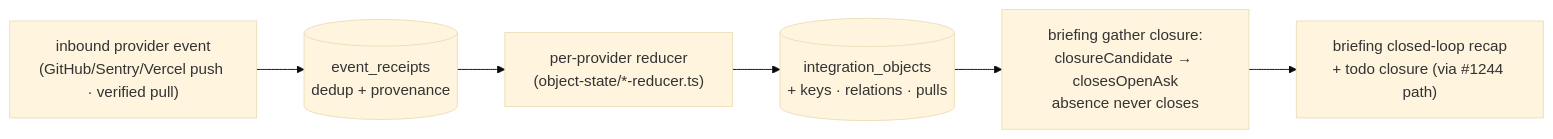
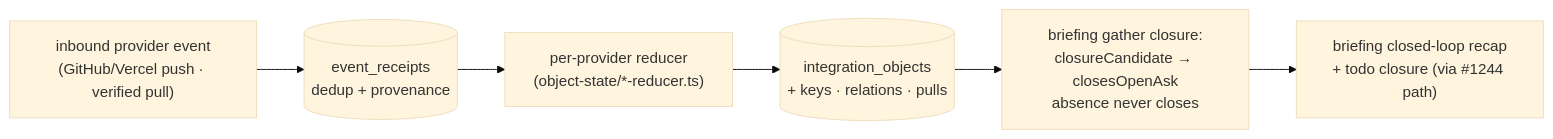
The sixth of 6 diagrams in docs/reference/implementation-map.md (99Yash/alfred), drawn with Mermaid (base theme) before and after one commit. The commit also changed other lines of this file and 70 other files, not shown here.

````diff
--- a/docs/reference/implementation-map.md
+++ b/docs/reference/implementation-map.md
@@ -286,8 +286,8 @@
 ```mermaid
 flowchart LR
-  EV["inbound provider event<br/>(GitHub/Sentry/Vercel push · verified pull)"] --> RC[("event_receipts<br/>dedup + provenance")]
+  EV["inbound provider event<br/>(GitHub/Vercel push · verified pull)"] --> RC[("event_receipts<br/>dedup + provenance")]
   RC --> RED["per-provider reducer<br/>(object-state/*-reducer.ts)"]
   RED --> OBJ[("integration_objects<br/>+ keys · relations · pulls")]
   OBJ --> CL["briefing gather closure:<br/>closureCandidate → closesOpenAsk<br/>absence never closes"]
   CL --> BR["briefing closed-loop recap<br/>+ todo closure (via #1244 path)"]
 ```
````
